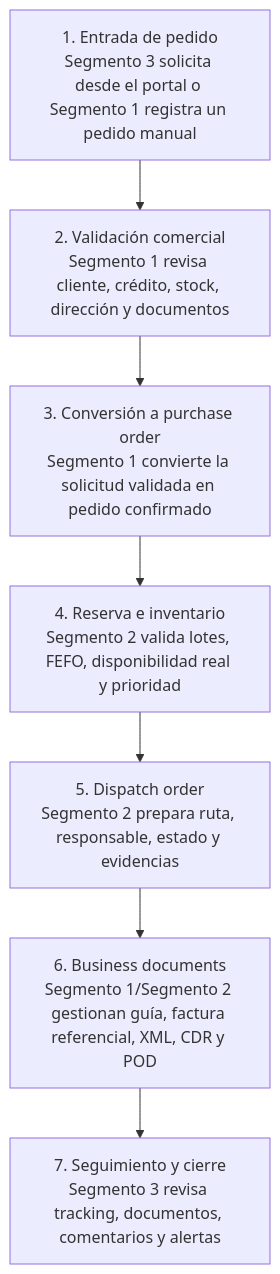
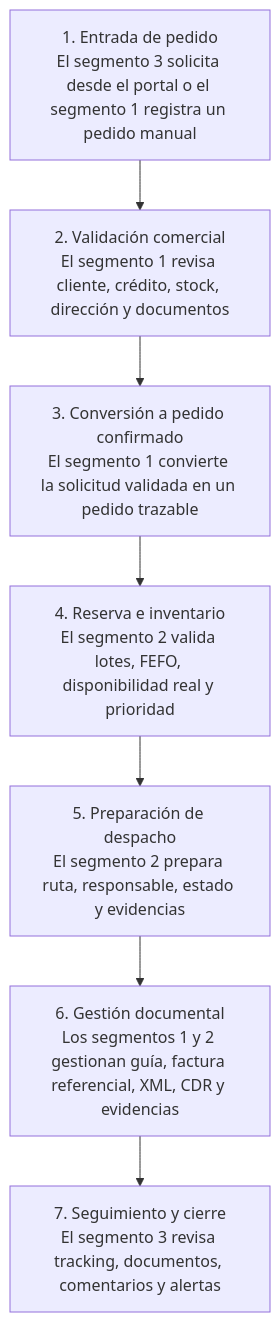
The second of 4 diagrams in report/10-chapter-1-introduction/1-3-target-segments.md (R0obxdnt-bit/nexa-ecosystem-report-v2), drawn with Mermaid before and after one commit. The commit also changed other lines of this file, not shown here.

````diff
--- a/report/10-chapter-1-introduction/1-3-target-segments.md
+++ b/report/10-chapter-1-introduction/1-3-target-segments.md
@@ -74,17 +60,17 @@
 ```mermaid
 flowchart TD
-    P1["1. Entrada de pedido\nSegmento 3 solicita desde el portal o Segmento 1 registra un pedido manual"]
-    P2["2. Validación comercial\nSegmento 1 revisa cliente, crédito, stock, dirección y documentos"]
-    P3["3. Conversión a purchase order\nSegmento 1 convierte la solicitud validada en pedido confirmado"]
-    P4["4. Reserva e inventario\nSegmento 2 valida lotes, FEFO, disponibilidad real y prioridad"]
-    P5["5. Dispatch order\nSegmento 2 prepara ruta, responsable, estado y evidencias"]
-    P6["6. Business documents\nSegmento 1/Segmento 2 gestionan guía, factura referencial, XML, CDR y POD"]
-    P7["7. Seguimiento y cierre\nSegmento 3 revisa tracking, documentos, comentarios y alertas"]
+    P1["1. Entrada de pedido<br/>El segmento 3 solicita desde el portal o el segmento 1 registra un pedido manual"]
+    P2["2. Validación comercial<br/>El segmento 1 revisa cliente, crédito, stock, dirección y documentos"]
+    P3["3. Conversión a pedido confirmado<br/>El segmento 1 convierte la solicitud validada en un pedido trazable"]
+    P4["4. Reserva e inventario<br/>El segmento 2 valida lotes, FEFO, disponibilidad real y prioridad"]
+    P5["5. Preparación de despacho<br/>El segmento 2 prepara ruta, responsable, estado y evidencias"]
+    P6["6. Gestión documental<br/>Los segmentos 1 y 2 gestionan guía, factura referencial, XML, CDR y evidencias"]
+    P7["7. Seguimiento y cierre<br/>El segmento 3 revisa tracking, documentos, comentarios y alertas"]
 
     P1 --> P2
     P2 --> P3
     P3 --> P4
     P4 --> P5
     P5 --> P6
     P6 --> P7
 ```
````
